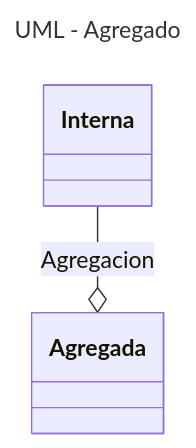
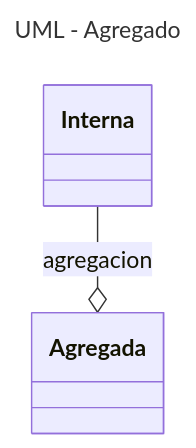
The second of 5 diagrams in docs/clases/relaciones.md (alejrot/python-docs), drawn with Mermaid before and after one commit. The commit also changed other lines of this file and 1 other file, not shown here.

````diff
--- a/docs/clases/relaciones.md
+++ b/docs/clases/relaciones.md
@@ -123,7 +126,7 @@
 ```mermaid
 ---
 title: UML - Agregado
 ---
 classDiagram
-    Interna --o Agregada : Agregacion
+    Interna --o Agregada : agregacion
 ```
````
